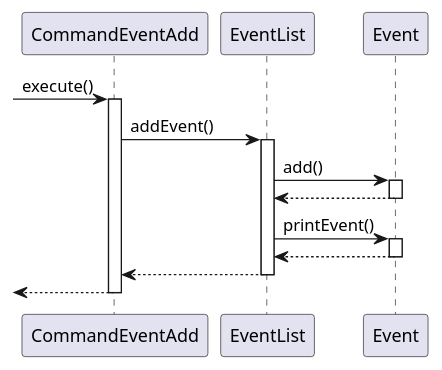
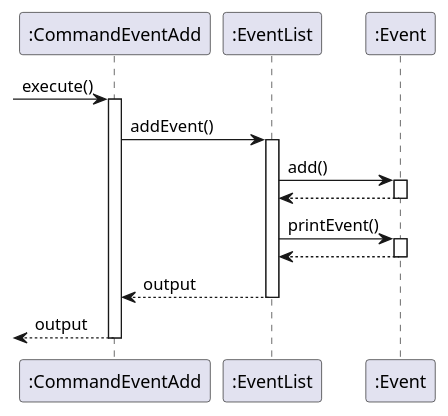
One commit to nus-cs2113-AY2021S1/tp changed the diagram in docs/EventDiagram/SequenceDiagram/CommandAddEvent.puml. Above: the diagram before and after it, drawn with PlantUML. The commit also changed 13 other files, not shown here.

Commit message:
updated DG sequence diagrams

```diff
--- a/docs/EventDiagram/SequenceDiagram/CommandAddEvent.puml
+++ b/docs/EventDiagram/SequenceDiagram/CommandAddEvent.puml
@@ -1,21 +1,21 @@
 @startuml
- -> CommandEventAdd: execute()
+ -> ":CommandEventAdd": execute()
 
 
-activate CommandEventAdd
-CommandEventAdd -> EventList: addEvent()
-activate EventList
-EventList -> Event: add()
-activate Event
+activate ":CommandEventAdd"
+":CommandEventAdd" -> ":EventList" : addEvent()
+activate ":EventList"
+":EventList" -> ":Event": add()
+activate ":Event"
 return
-EventList -> Event : printEvent()
-activate Event
+":EventList" -> ":Event" : printEvent()
+activate ":Event"
 return
-return
-return
-deactivate CommandEventAdd
+return output
+return output
+deactivate ":CommandEventAdd"
 
 
 
 
 @enduml
```
